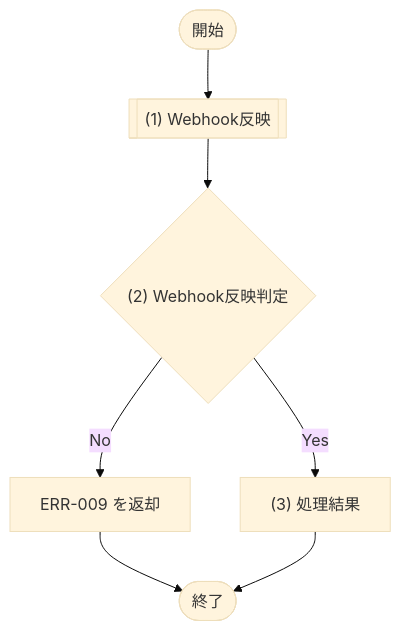
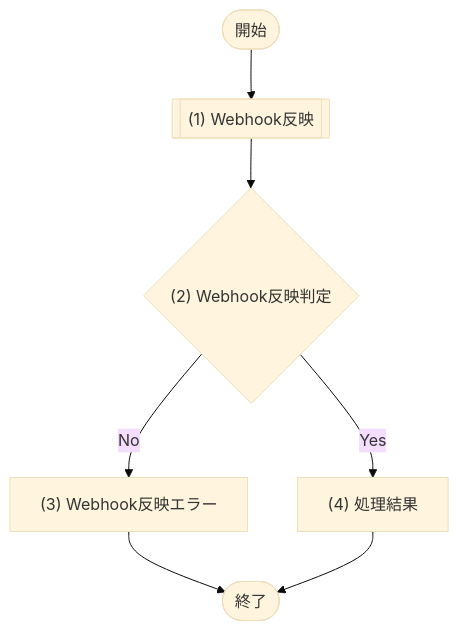
One commit to sikakou54/system-document-template changed the diagram in docs/03_機能設計/03_API設計/API-011_StripeWebhook受信.md. Above: the diagram before and after it, drawn with Mermaid (base theme). The commit also changed other lines of this file and 32 other files, not shown here.

````diff
--- a/docs/03_機能設計/03_API設計/API-011_StripeWebhook受信.md
+++ b/docs/03_機能設計/03_API設計/API-011_StripeWebhook受信.md
@@ -38,13 +38,13 @@
 ```mermaid
 flowchart TD
   Start([開始])
   P1[["(1) Webhook反映"]]
   D1{"(2) Webhook反映判定"}
-  E1["ERR-009 を返却"]
-  P2["(3) 処理結果"]
+  E1["(3) Webhook反映エラー"]
+  P2["(4) 処理結果"]
   End([終了])
 
   Start --> P1 --> D1
   D1 -- "No" --> E1 --> End
   D1 -- "Yes" --> P2 --> End
 ```
````
